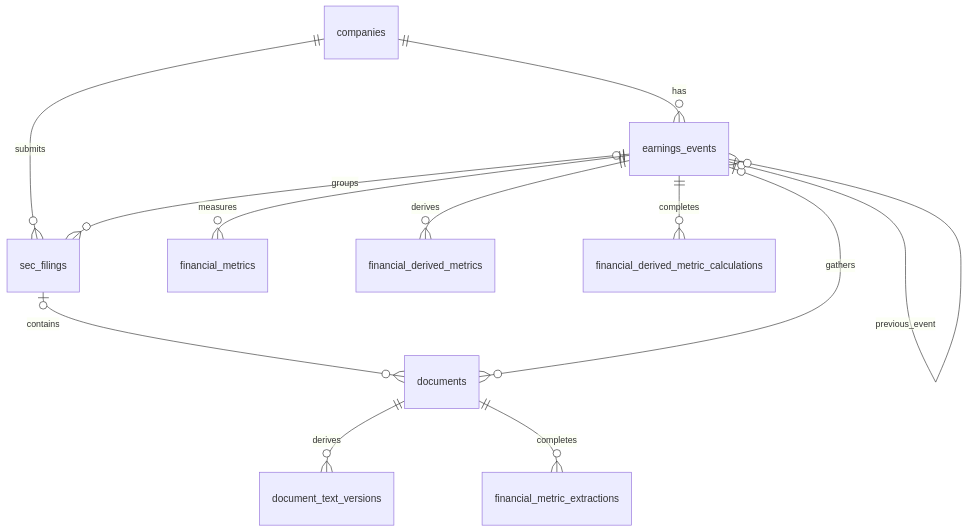
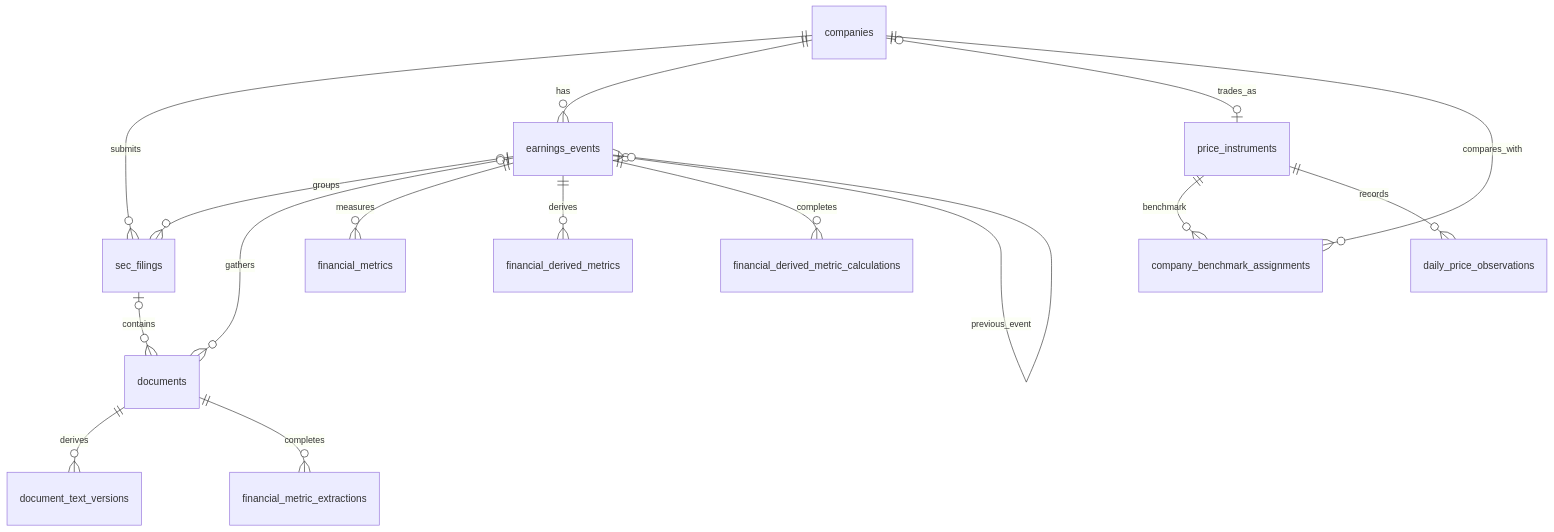
One commit to thstamod/chiron-core changed diagram 12 of 16 in docs/visual-guide.md. Above: the diagram before and after it, drawn with Mermaid. The commit also changed other lines of this file and 3 other files, not shown here.

Commit message:
feat: add versioned price and benchmark database foundation

````diff
--- a/docs/visual-guide.md
+++ b/docs/visual-guide.md
@@ -332,14 +332,18 @@
 ```mermaid
 erDiagram
     companies ||--o{ sec_filings : submits
     companies ||--o{ earnings_events : has
+    companies o|--o| price_instruments : trades_as
+    companies ||--o{ company_benchmark_assignments : compares_with
+    price_instruments ||--o{ company_benchmark_assignments : benchmark
+    price_instruments ||--o{ daily_price_observations : records
     earnings_events o|--o{ sec_filings : groups
     sec_filings o|--o{ documents : contains
     earnings_events o|--o{ documents : gathers
     documents ||--o{ document_text_versions : derives
     documents ||--o{ financial_metric_extractions : completes
     earnings_events ||--o{ financial_metrics : measures
     earnings_events ||--o{ financial_derived_metrics : derives
     earnings_events ||--o{ financial_derived_metric_calculations : completes
     earnings_events o|--o{ earnings_events : previous_event
 ```
````
